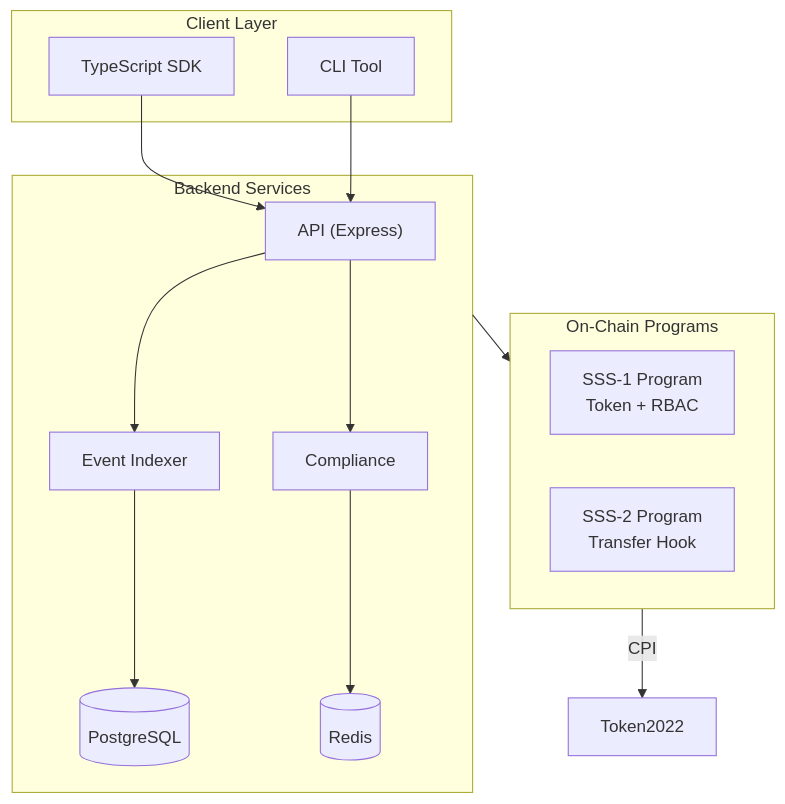
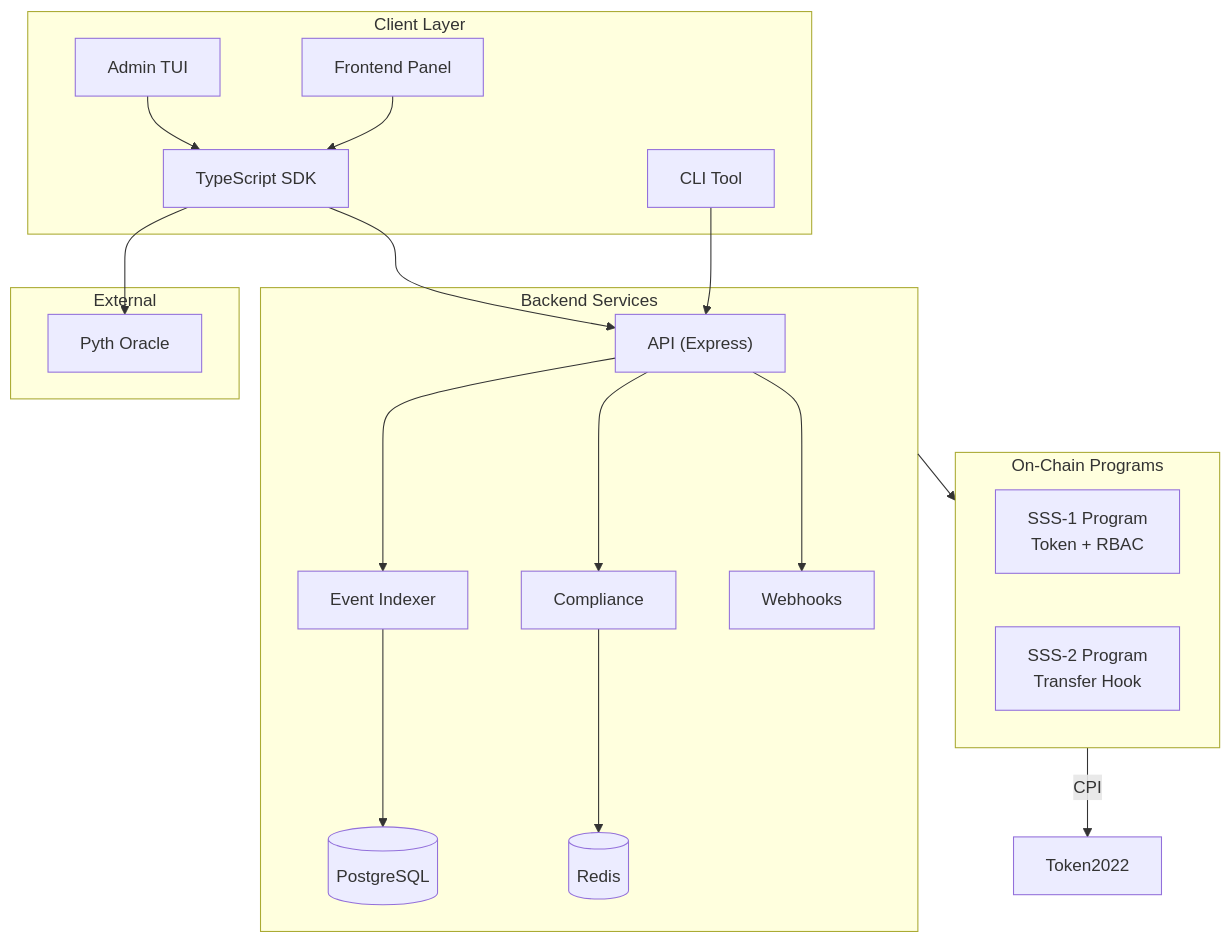
Before and after one commit to yoiioy700/solana-stablecoin-bounty: the diagram in README.md, drawn with Mermaid. The commit also changed other lines of this file and 21 other files, not shown here.

Commit message:
fix: build errors + add SSS-3, oracle, webhook, TUI

````diff
--- a/README.md
+++ b/README.md
@@ -67,31 +49,42 @@
 ```mermaid
 flowchart TB
     subgraph Client["Client Layer"]
         SDK["TypeScript SDK"]
         CLI["CLI Tool"]
+        TUI["Admin TUI"]
+        FE["Frontend Panel"]
     end
     
     subgraph Services["Backend Services"]
         API["API (Express)"]
         IDX["Event Indexer"]
         CMP["Compliance"]
+        WH["Webhooks"]
         DB[(PostgreSQL)]
         CACHE[(Redis)]
     end
     
     subgraph Programs["On-Chain Programs"]
         SSS1["SSS-1 Program
 Token + RBAC"]
         SSS2["SSS-2 Program
 Transfer Hook"]
     end
+
+    subgraph External["External"]
+        PYTH["Pyth Oracle"]
+    end
     
     SDK --> API
     CLI --> API
+    TUI --> SDK
+    FE --> SDK
     API --> IDX
     API --> CMP
+    API --> WH
     IDX --> DB
     CMP --> CACHE
+    SDK --> PYTH
     Services --> Programs
     Programs -->|CPI| Token2022
 ```
````
